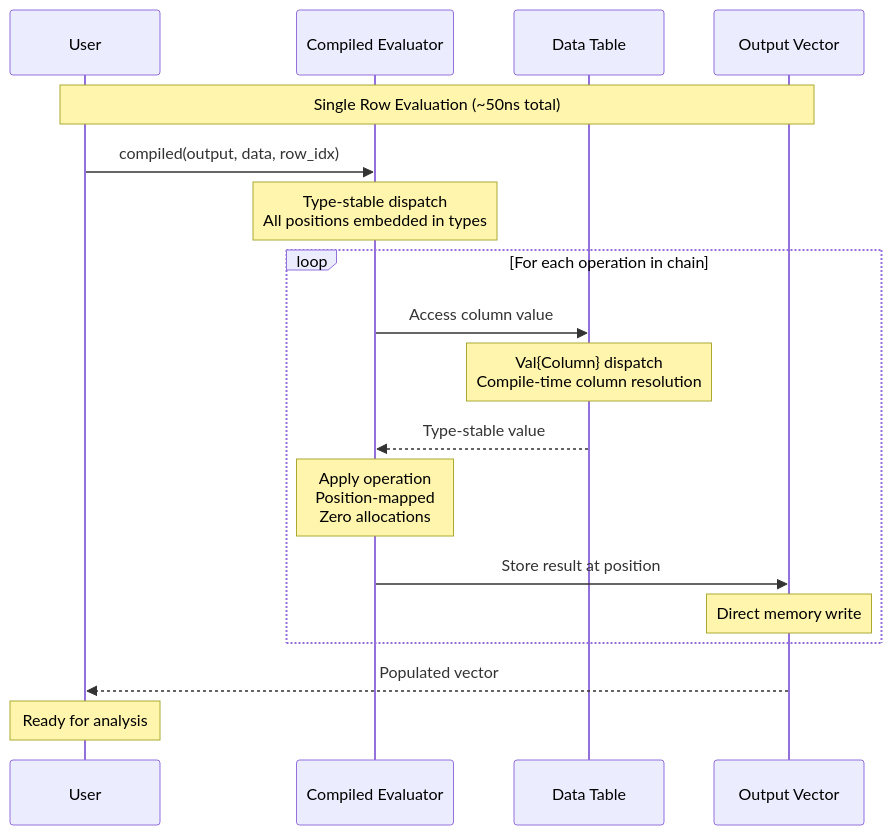
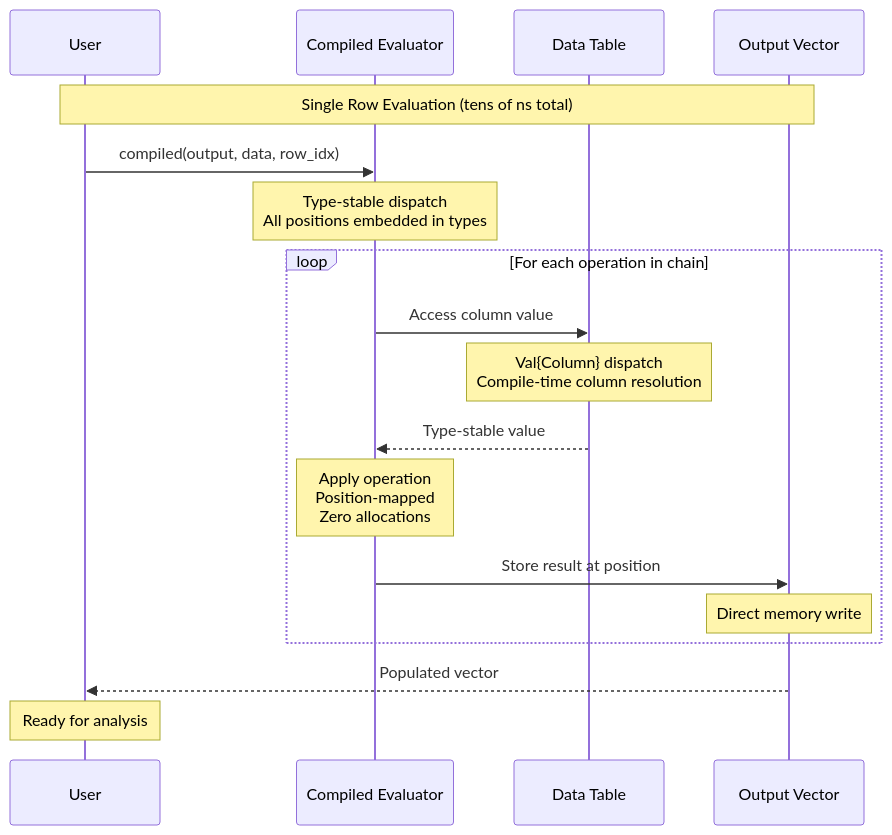
Before and after one commit to emfeltham/FormulaCompiler.jl: the diagram in docs/src/assets/src_guide_performance_diagram_4.mmd, drawn with Mermaid. The commit also changed 17 other files, not shown here.

```diff
--- a/docs/src/assets/src_guide_performance_diagram_4.mmd
+++ b/docs/src/assets/src_guide_performance_diagram_4.mmd
@@ -1,23 +1,23 @@
 sequenceDiagram
     participant User
     participant Compiled as Compiled Evaluator
     participant Data as Data Table
     participant Output as Output Vector
     
-    Note over User,Output: Single Row Evaluation (~50ns total)
+    Note over User,Output: Single Row Evaluation (tens of ns total)
     
     User->>Compiled: compiled(output, data, row_idx)
     Note over Compiled: Type-stable dispatch<br>All positions embedded in types
     
     loop For each operation in chain
         Compiled->>Data: Access column value
         Note over Data: Val{Column} dispatch<br>Compile-time column resolution
         Data-->>Compiled: Type-stable value
         
         Note over Compiled: Apply operation<br>Position-mapped<br>Zero allocations
         Compiled->>Output: Store result at position
         Note over Output: Direct memory write
     end
     
     Output-->>User: Populated vector
     Note over User: Ready for analysis
```
